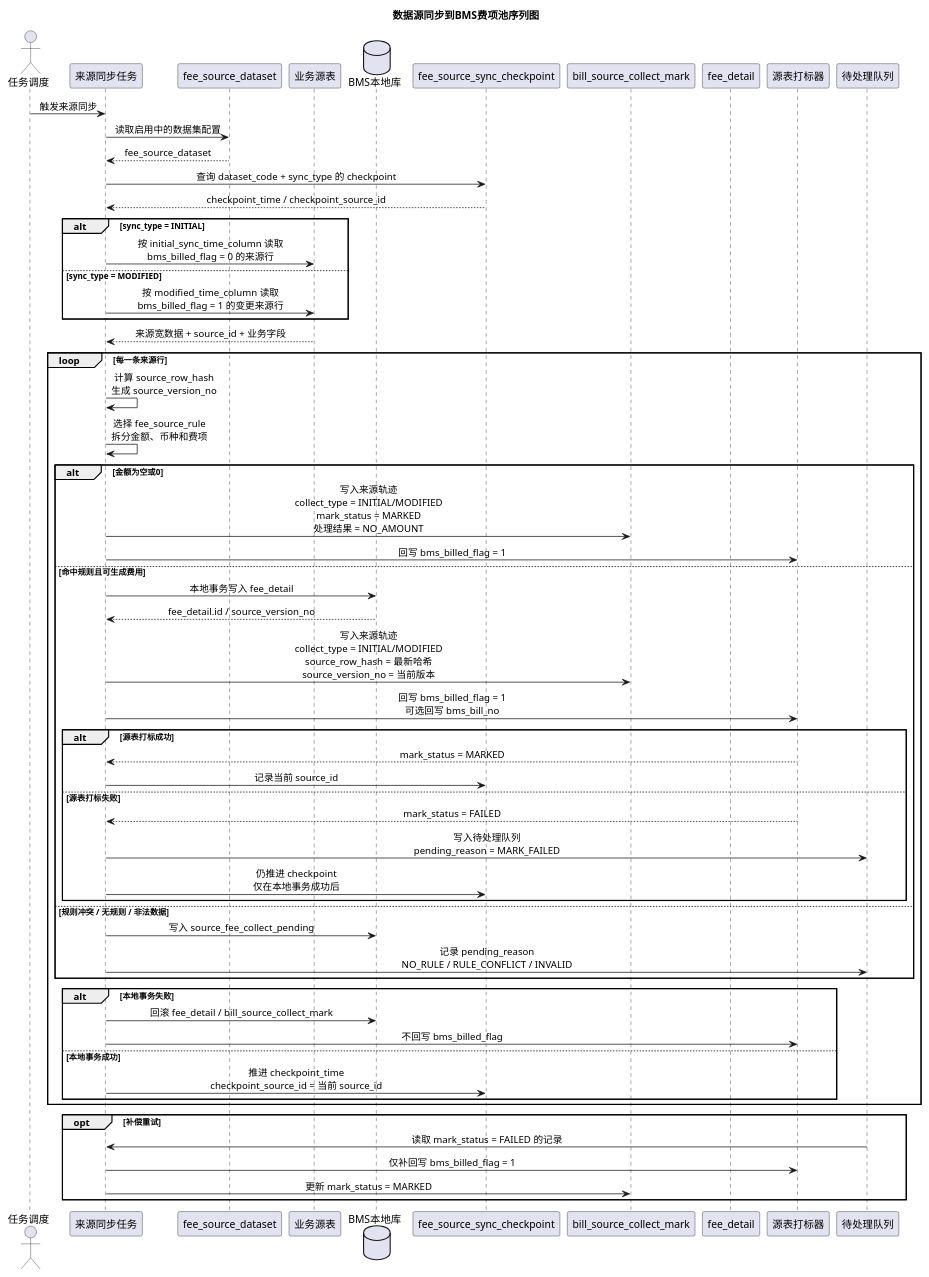
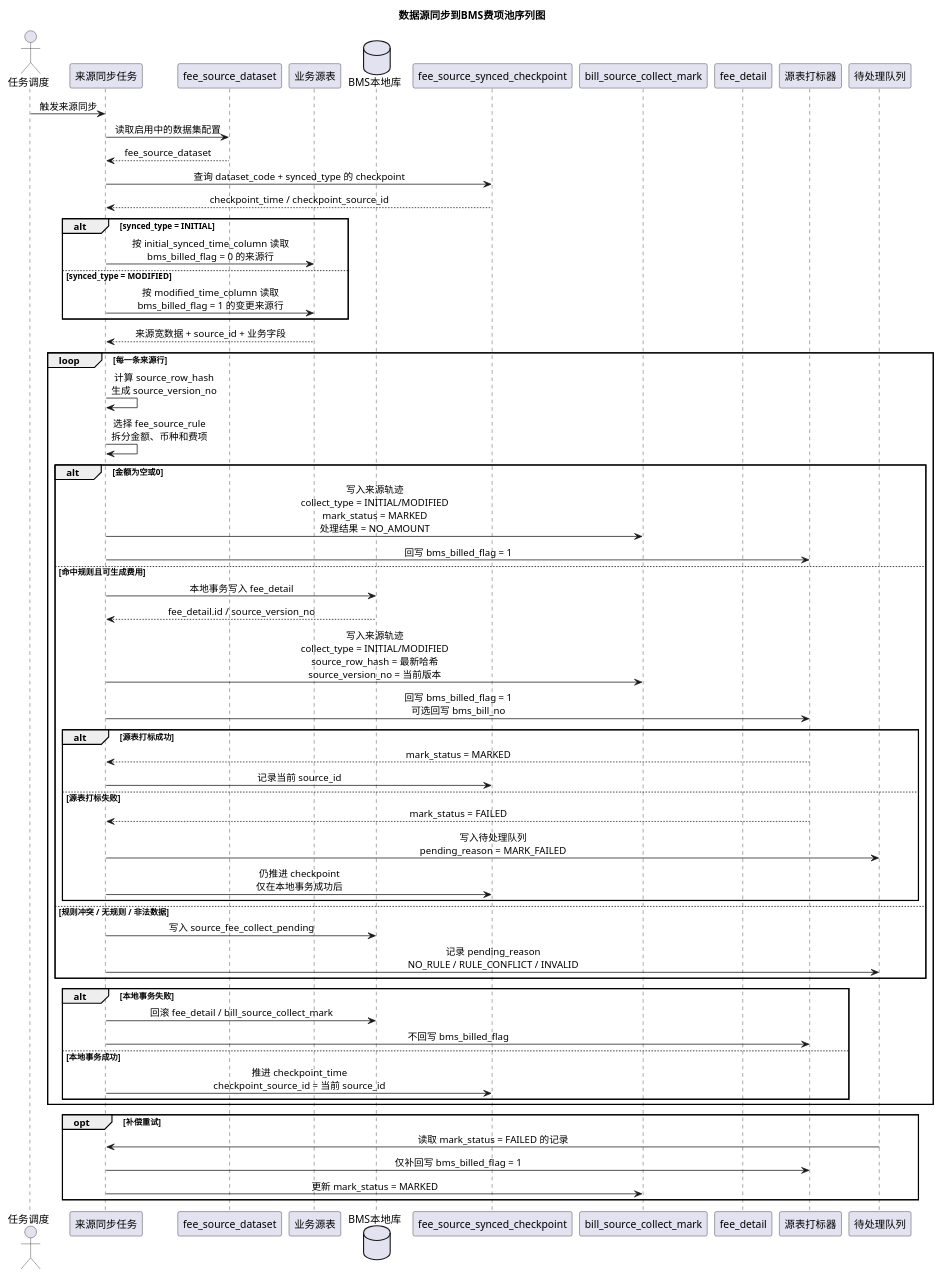
One commit to jack888332/projects-doc changed the third of 7 diagrams in product-caliber/bms/prd/账单生成机制.PRD.md. Above: the diagram before and after it, drawn with PlantUML. The commit also changed other lines of this file, not shown here.

````diff
--- a/product-caliber/bms/prd/账单生成机制.PRD.md
+++ b/product-caliber/bms/prd/账单生成机制.PRD.md
@@ -557,64 +557,64 @@
 ```plantuml
 @startuml
 title 数据源同步到BMS费项池序列图
 skinparam shadowing false
 skinparam sequenceMessageAlign center
 skinparam responseMessageBelowArrow true
 actor "任务调度" as Scheduler
-participant "来源同步任务" as SyncJob
+participant "来源同步任务" as syncedJob
 participant "fee_source_dataset" as Dataset
 participant "业务源表" as SourceDB
 database "BMS本地库" as BMSDB
-participant "fee_source_sync_checkpoint" as Checkpoint
+participant "fee_source_synced_checkpoint" as Checkpoint
 participant "bill_source_collect_mark" as Mark
 participant "fee_detail" as FeeDetail
 participant "源表打标器" as Marker
 participant "待处理队列" as Pending
-Scheduler -> SyncJob : 触发来源同步
-SyncJob -> Dataset : 读取启用中的数据集配置
-Dataset --> SyncJob : fee_source_dataset
-SyncJob -> Checkpoint : 查询 dataset_code + sync_type 的 checkpoint
-Checkpoint --> SyncJob : checkpoint_time / checkpoint_source_id
-alt sync_type = INITIAL
-  SyncJob -> SourceDB : 按 initial_sync_time_column 读取\nbms_billed_flag = 0 的来源行
-else sync_type = MODIFIED
-  SyncJob -> SourceDB : 按 modified_time_column 读取\nbms_billed_flag = 1 的变更来源行
+Scheduler -> syncedJob : 触发来源同步
+syncedJob -> Dataset : 读取启用中的数据集配置
+Dataset --> syncedJob : fee_source_dataset
+syncedJob -> Checkpoint : 查询 dataset_code + synced_type 的 checkpoint
+Checkpoint --> syncedJob : checkpoint_time / checkpoint_source_id
+alt synced_type = INITIAL
+  syncedJob -> SourceDB : 按 initial_synced_time_column 读取\nbms_billed_flag = 0 的来源行
+else synced_type = MODIFIED
+  syncedJob -> SourceDB : 按 modified_time_column 读取\nbms_billed_flag = 1 的变更来源行
 end
-SourceDB --> SyncJob : 来源宽数据 + source_id + 业务字段
+SourceDB --> syncedJob : 来源宽数据 + source_id + 业务字段
 loop 每一条来源行
-  SyncJob -> SyncJob : 计算 source_row_hash\n生成 source_version_no
-  SyncJob -> SyncJob : 选择 fee_source_rule\n拆分金额、币种和费项
+  syncedJob -> syncedJob : 计算 source_row_hash\n生成 source_version_no
+  syncedJob -> syncedJob : 选择 fee_source_rule\n拆分金额、币种和费项
   alt 金额为空或0
-    SyncJob -> Mark : 写入来源轨迹\ncollect_type = INITIAL/MODIFIED\nmark_status = MARKED\n处理结果 = NO_AMOUNT
-    SyncJob -> Marker : 回写 bms_billed_flag = 1
+    syncedJob -> Mark : 写入来源轨迹\ncollect_type = INITIAL/MODIFIED\nmark_status = MARKED\n处理结果 = NO_AMOUNT
+    syncedJob -> Marker : 回写 bms_billed_flag = 1
   else 命中规则且可生成费用
-    SyncJob -> BMSDB : 本地事务写入 fee_detail
-    BMSDB --> SyncJob : fee_detail.id / source_version_no
-    SyncJob -> Mark : 写入来源轨迹\ncollect_type = INITIAL/MODIFIED\nsource_row_hash = 最新哈希\nsource_version_no = 当前版本
-    SyncJob -> Marker : 回写 bms_billed_flag = 1\n可选回写 bms_bill_no
+    syncedJob -> BMSDB : 本地事务写入 fee_detail
+    BMSDB --> syncedJob : fee_detail.id / source_version_no
+    syncedJob -> Mark : 写入来源轨迹\ncollect_type = INITIAL/MODIFIED\nsource_row_hash = 最新哈希\nsource_version_no = 当前版本
+    syncedJob -> Marker : 回写 bms_billed_flag = 1\n可选回写 bms_bill_no
     alt 源表打标成功
-      Marker --> SyncJob : mark_status = MARKED
-      SyncJob -> Checkpoint : 记录当前 source_id
+      Marker --> syncedJob : mark_status = MARKED
+      syncedJob -> Checkpoint : 记录当前 source_id
     else 源表打标失败
-      Marker --> SyncJob : mark_status = FAILED
-      SyncJob -> Pending : 写入待处理队列\npending_reason = MARK_FAILED
-      SyncJob -> Checkpoint : 仍推进 checkpoint\n仅在本地事务成功后
+      Marker --> syncedJob : mark_status = FAILED
+      syncedJob -> Pending : 写入待处理队列\npending_reason = MARK_FAILED
+      syncedJob -> Checkpoint : 仍推进 checkpoint\n仅在本地事务成功后
     end
   else 规则冲突 / 无规则 / 非法数据
-    SyncJob -> BMSDB : 写入 source_fee_collect_pending
-    SyncJob -> Pending : 记录 pending_reason\nNO_RULE / RULE_CONFLICT / INVALID
+    syncedJob -> BMSDB : 写入 source_fee_collect_pending
+    syncedJob -> Pending : 记录 pending_reason\nNO_RULE / RULE_CONFLICT / INVALID
   end
   alt 本地事务失败
-    SyncJob -> BMSDB : 回滚 fee_detail / bill_source_collect_mark
-    SyncJob -> Marker : 不回写 bms_billed_flag
+    syncedJob -> BMSDB : 回滚 fee_detail / bill_source_collect_mark
+    syncedJob -> Marker : 不回写 bms_billed_flag
   else 本地事务成功
-    SyncJob -> Checkpoint : 推进 checkpoint_time\ncheckpoint_source_id = 当前 source_id
+    syncedJob -> Checkpoint : 推进 checkpoint_time\ncheckpoint_source_id = 当前 source_id
   end
 end
 opt 补偿重试
-  Pending -> SyncJob : 读取 mark_status = FAILED 的记录
-  SyncJob -> Marker : 仅补回写 bms_billed_flag = 1
-  SyncJob -> Mark : 更新 mark_status = MARKED
+  Pending -> syncedJob : 读取 mark_status = FAILED 的记录
+  syncedJob -> Marker : 仅补回写 bms_billed_flag = 1
+  syncedJob -> Mark : 更新 mark_status = MARKED
 end
 @enduml
 ```
````
